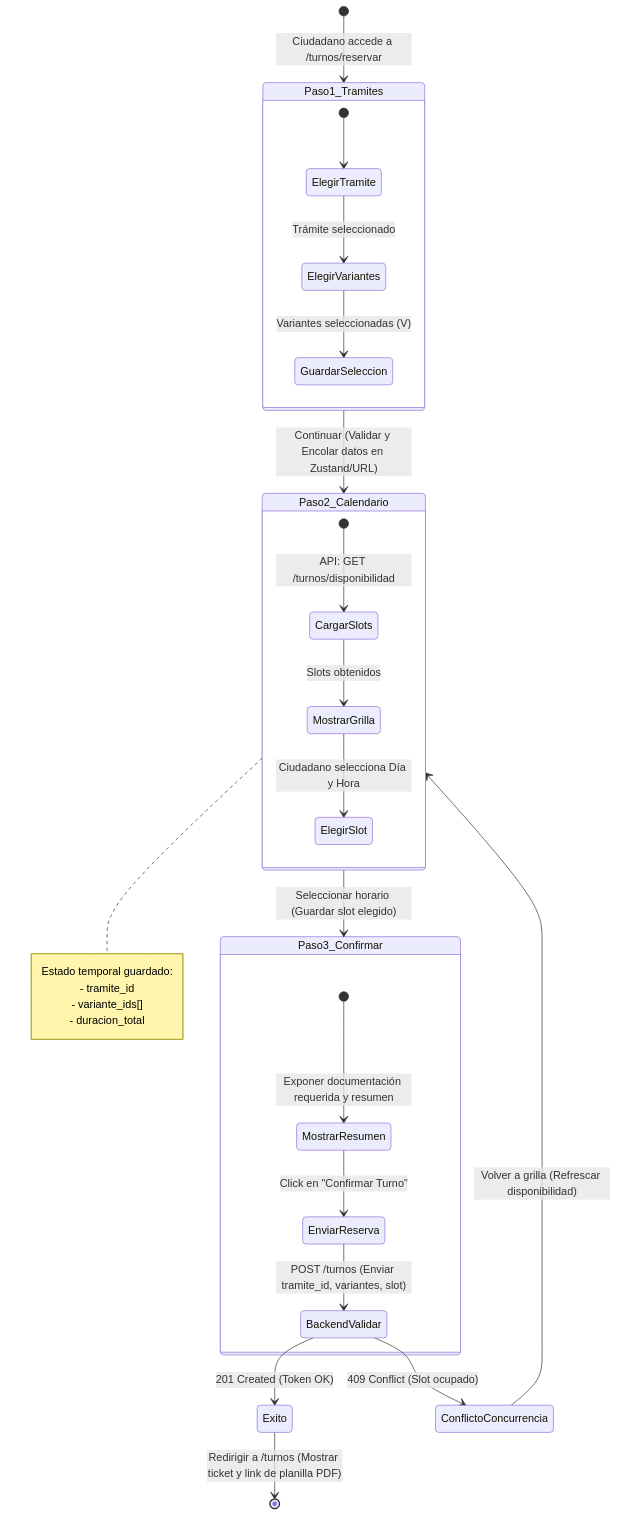
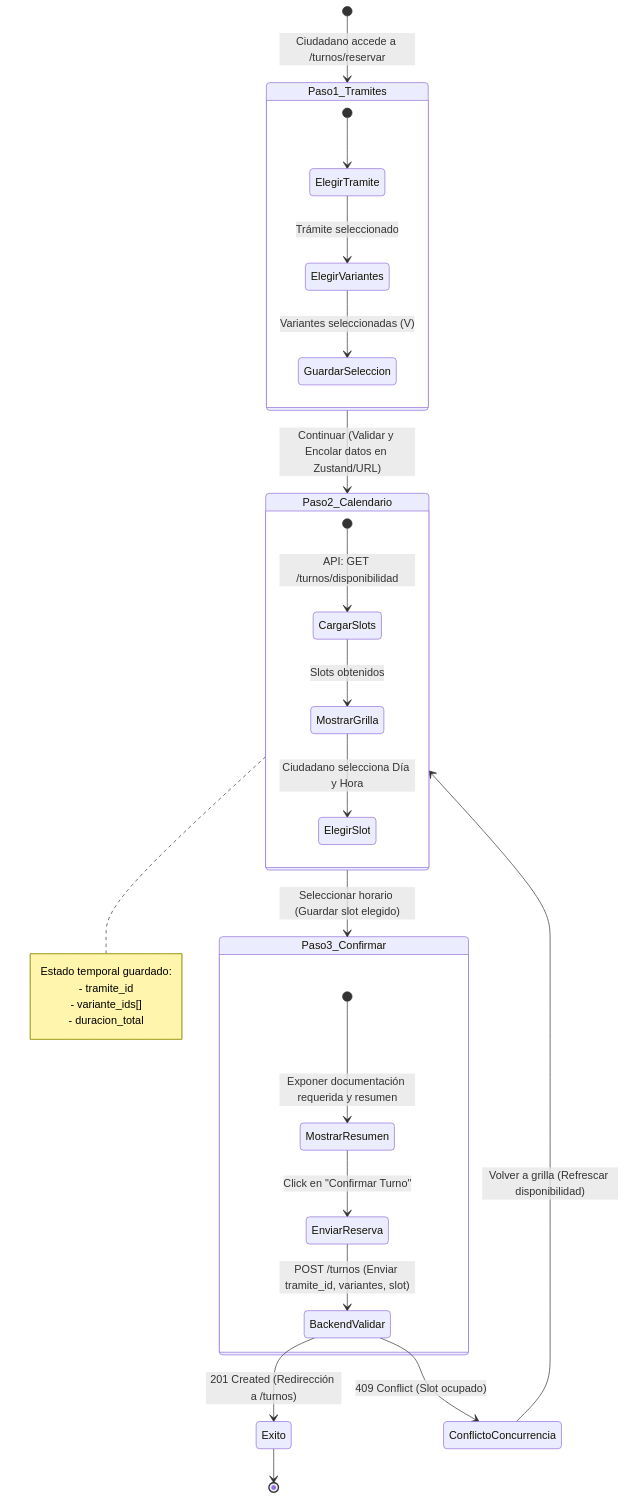
Before and after one commit to Municipalidad-de-Armstrong/turnero-docs: the second of 2 diagrams in proceso/desarrollo-hoja-ruta.md, drawn with Mermaid. The commit also changed other lines of this file, not shown here.

````diff
--- a/proceso/desarrollo-hoja-ruta.md
+++ b/proceso/desarrollo-hoja-ruta.md
@@ -41,38 +41,38 @@
 ```mermaid
 stateDiagram-v2
     [*] --> Paso1_Tramites : Ciudadano accede a /turnos/reservar
     
     state Paso1_Tramites {
         [*] --> ElegirTramite
         ElegirTramite --> ElegirVariantes : Trámite seleccionado
         ElegirVariantes --> GuardarSeleccion : Variantes seleccionadas (V)
     }
     
     Paso1_Tramites --> Paso2_Calendario : Continuar (Validar y Encolar datos en Zustand/URL)
     note right of Paso2_Calendario
         Estado temporal guardado:
         - tramite_id
         - variante_ids[]
         - duracion_total
     end note
 
     state Paso2_Calendario {
         [*] --> CargarSlots : API: GET /turnos/disponibilidad
         CargarSlots --> MostrarGrilla : Slots obtenidos
         MostrarGrilla --> ElegirSlot : Ciudadano selecciona Día y Hora
     }
     
     Paso2_Calendario --> Paso3_Confirmar : Seleccionar horario (Guardar slot elegido)
     
     state Paso3_Confirmar {
         [*] --> MostrarResumen : Exponer documentación requerida y resumen
         MostrarResumen --> EnviarReserva : Click en "Confirmar Turno"
         EnviarReserva --> BackendValidar : POST /turnos (Enviar tramite_id, variantes, slot)
     }
     
-    BackendValidar --> Exito : 201 Created (Token OK)
+    BackendValidar --> Exito : 201 Created (Redirección a /turnos)
     BackendValidar --> ConflictoConcurrencia : 409 Conflict (Slot ocupado)
     
     ConflictoConcurrencia --> Paso2_Calendario : Volver a grilla (Refrescar disponibilidad)
-    Exito --> [*] : Redirigir a /turnos (Mostrar ticket y link de planilla PDF)
+    Exito --> [*]
 ```
````
